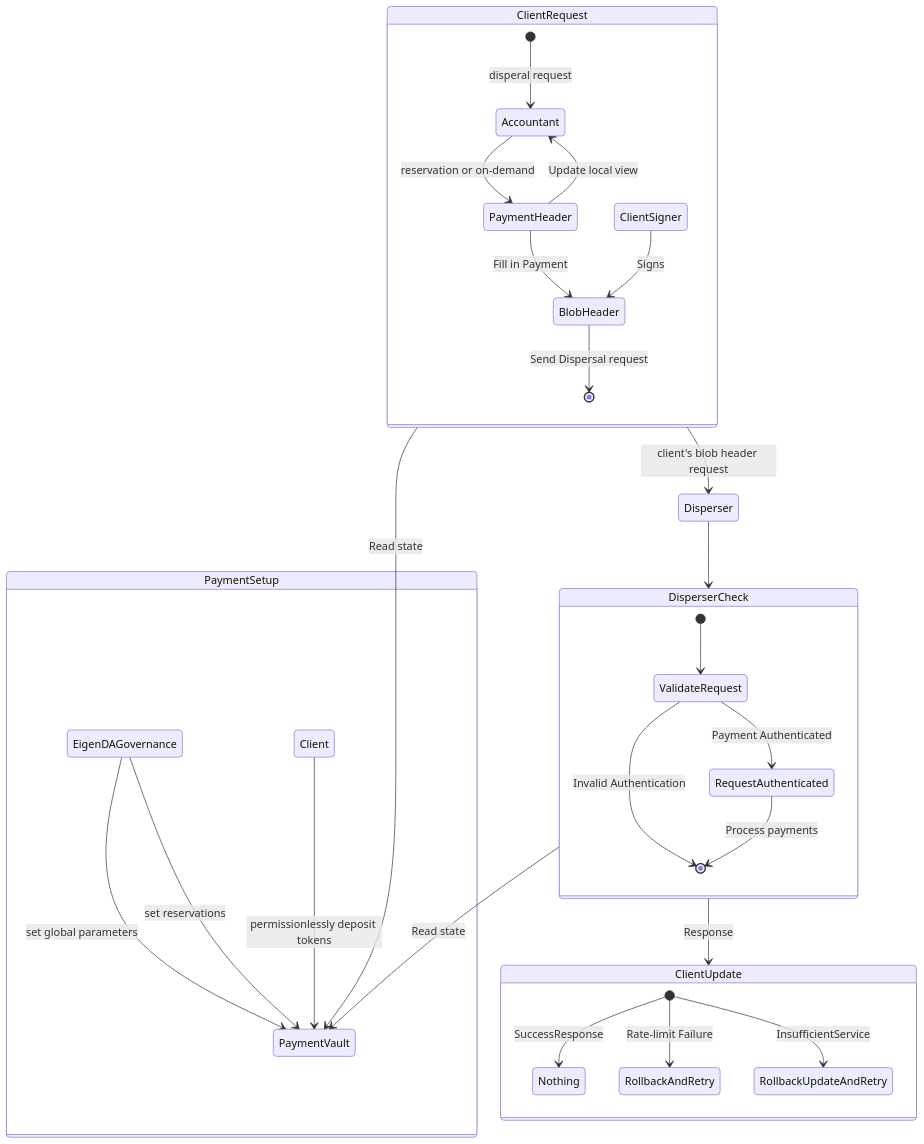
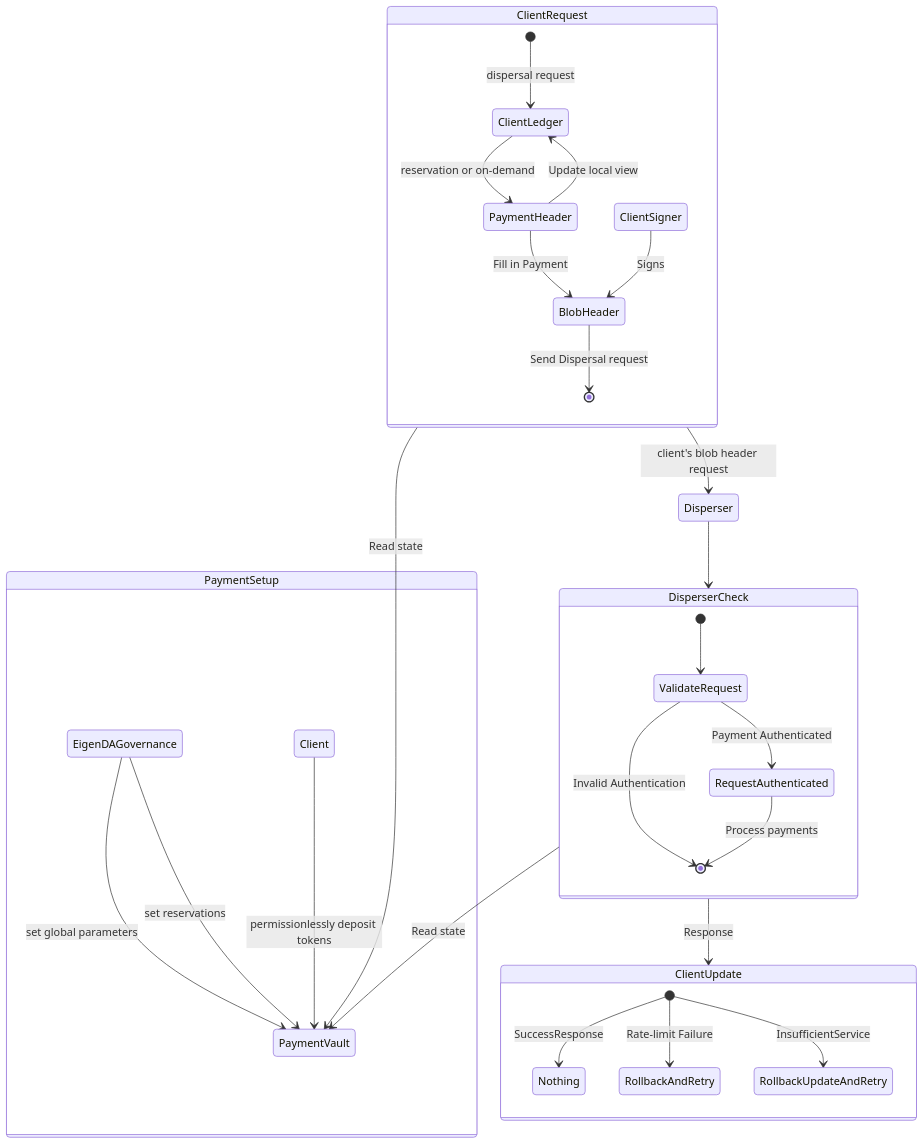
The second of 2 diagrams in docs/products/eigenda/core-concepts/payments.md (Layr-Labs/eigencloud-docs), drawn with Mermaid before and after one commit. The commit also changed other lines of this file, not shown here.

Commit message:
Update payment docs to be consistent with upcoming release

````diff
--- a/docs/products/eigenda/core-concepts/payments.md
+++ b/docs/products/eigenda/core-concepts/payments.md
@@ -192,32 +240,32 @@
 ```mermaid
 stateDiagram
     state PaymentSetup {
         EigenDAGovernance --> PaymentVault : set global parameters
         EigenDAGovernance --> PaymentVault : set reservations
         Client --> PaymentVault : permissionlessly deposit tokens
     }
         ClientRequest --> PaymentVault: Read state
     state ClientRequest {
-        [*] --> Accountant: disperal request
-        Accountant --> PaymentHeader: reservation or on-demand
+        [*] --> ClientLedger: dispersal request
+        ClientLedger --> PaymentHeader: reservation or on-demand
         PaymentHeader --> BlobHeader : Fill in Payment
         ClientSigner --> BlobHeader : Signs
-        PaymentHeader --> Accountant : Update local view
+        PaymentHeader --> ClientLedger : Update local view
         BlobHeader --> [*] : Send Dispersal request
     }
     ClientRequest --> Disperser : client's blob header request
     Disperser --> DisperserCheck
     DisperserCheck --> PaymentVault: Read state
     state DisperserCheck {
         [*] --> ValidateRequest
         ValidateRequest --> RequestAuthenticated : Payment Authenticated
         ValidateRequest --> [*] : Invalid Authentication
         RequestAuthenticated --> [*]: Process payments
     }
     DisperserCheck --> ClientUpdate: Response
     state ClientUpdate {
         [*] --> Nothing: SuccessResponse
         [*] --> RollbackAndRetry : Rate-limit Failure
         [*] --> RollbackUpdateAndRetry : InsufficientService
     }
 ```
````
